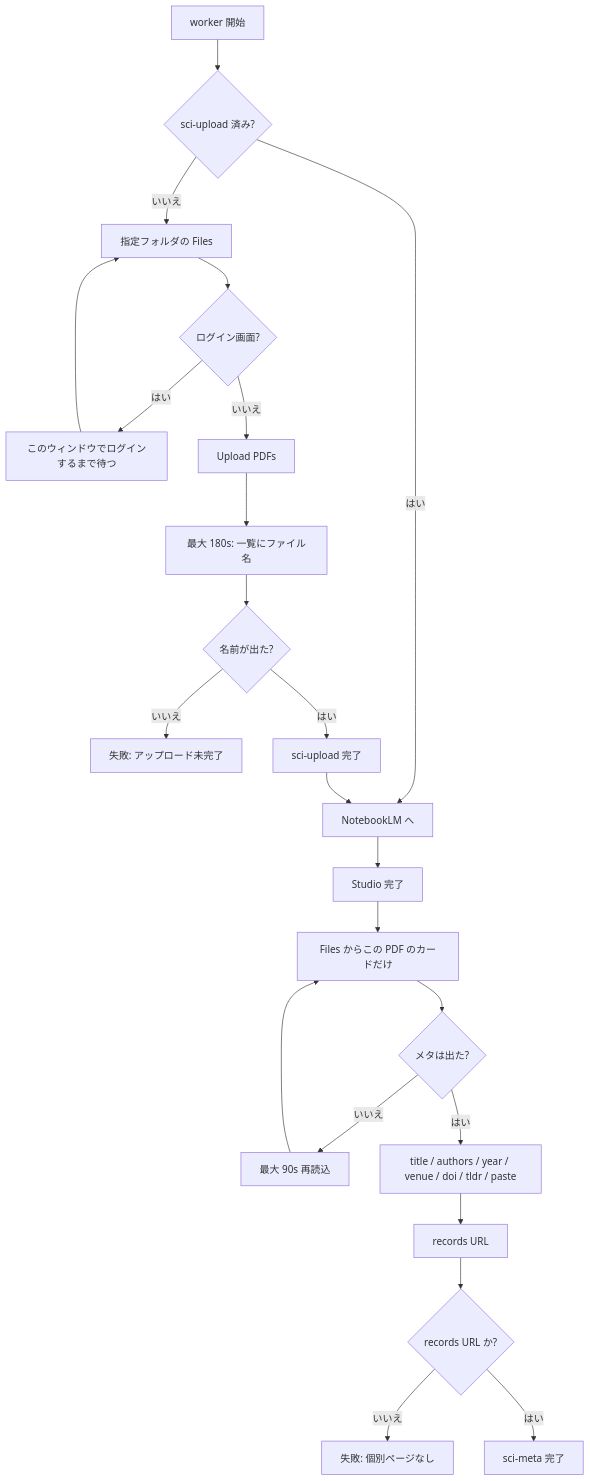
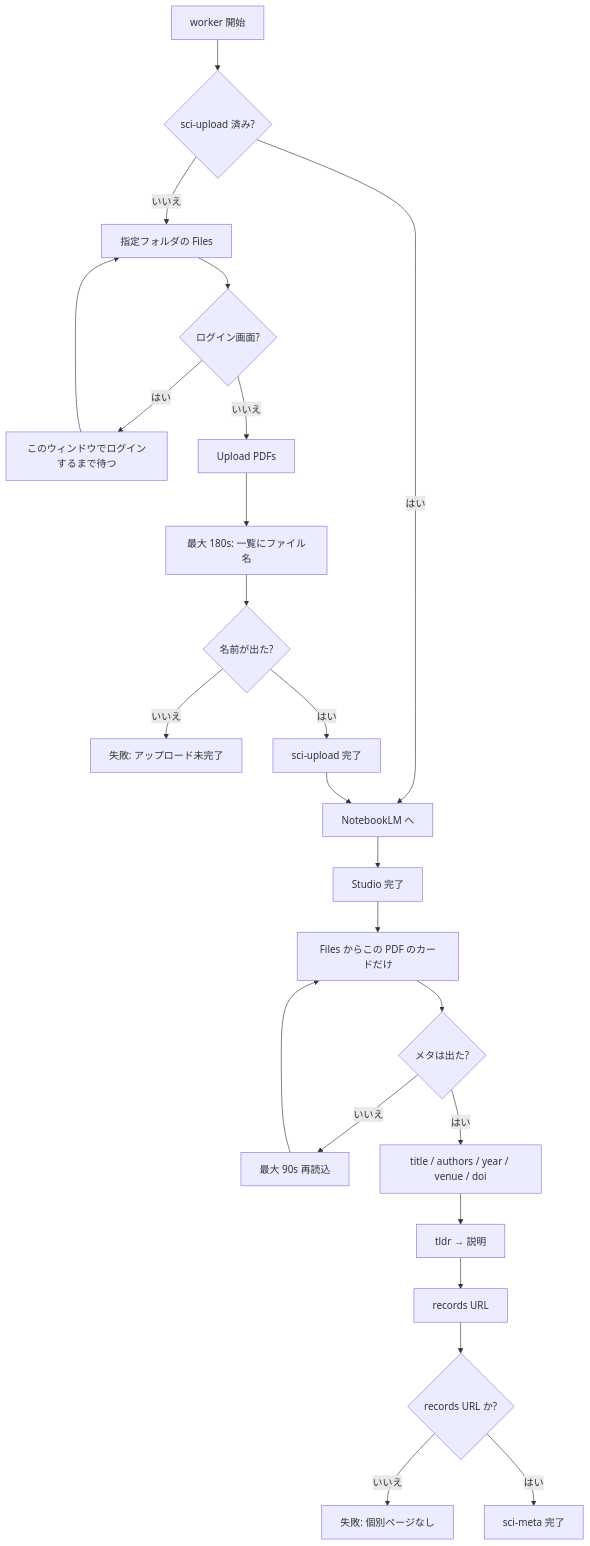
One commit to doren-hub/Edu-Share changed the fourth of 4 diagrams in tools/paper-pipeline/docs/flow.md. Above: the diagram before and after it, drawn with Mermaid. The commit also changed other lines of this file and 45 other files, not shown here.

````diff
--- a/tools/paper-pipeline/docs/flow.md
+++ b/tools/paper-pipeline/docs/flow.md
@@ -96,25 +96,26 @@
 ```mermaid
 flowchart TD
   start[worker 開始] --> uploaded{sci-upload 済み?}
   uploaded -->|いいえ| open[指定フォルダの Files]
   open --> login{ログイン画面?}
   login -->|はい| waitLogin[このウィンドウでログインするまで待つ]
   waitLogin --> open
   login -->|いいえ| up[Upload PDFs]
   up --> waitName[最大 180s: 一覧にファイル名]
   waitName --> failUp{名前が出た?}
   failUp -->|いいえ| errUp[失敗: アップロード未完了]
   failUp -->|はい| markUp[sci-upload 完了]
   uploaded -->|はい| nlmWait[NotebookLM へ]
   markUp --> nlmWait
   nlmWait --> studioDone[Studio 完了]
   studioDone --> collect[Files からこの PDF のカードだけ]
   collect --> poll{メタは出た?}
   poll -->|いいえ| waitMeta[最大 90s 再読込]
   waitMeta --> collect
-  poll -->|はい| parse[title / authors / year / venue / doi / tldr / paste]
-  parse --> rec[records URL]
+  poll -->|はい| parseMeta[title / authors / year / venue / doi]
+  parseMeta --> parseTldr[tldr → 説明]
+  parseTldr --> rec[records URL]
   rec --> ok{records URL か?}
   ok -->|いいえ| errRec[失敗: 個別ページなし]
   ok -->|はい| markMeta[sci-meta 完了]
 ```
````
